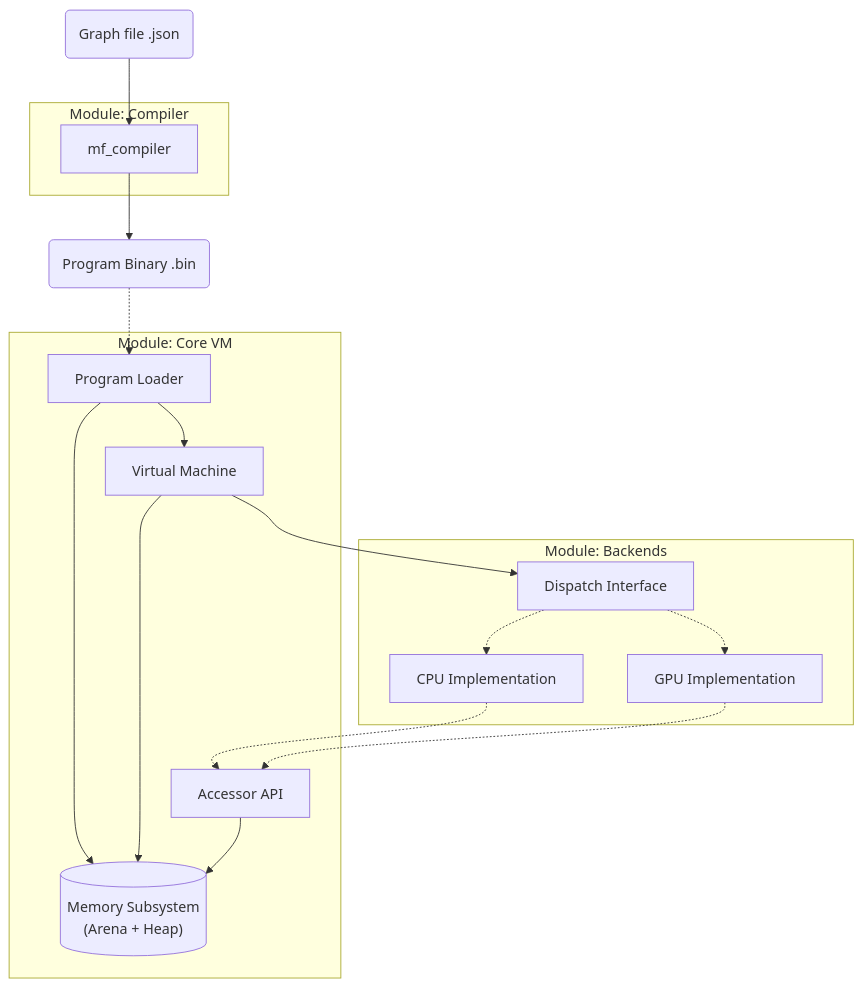
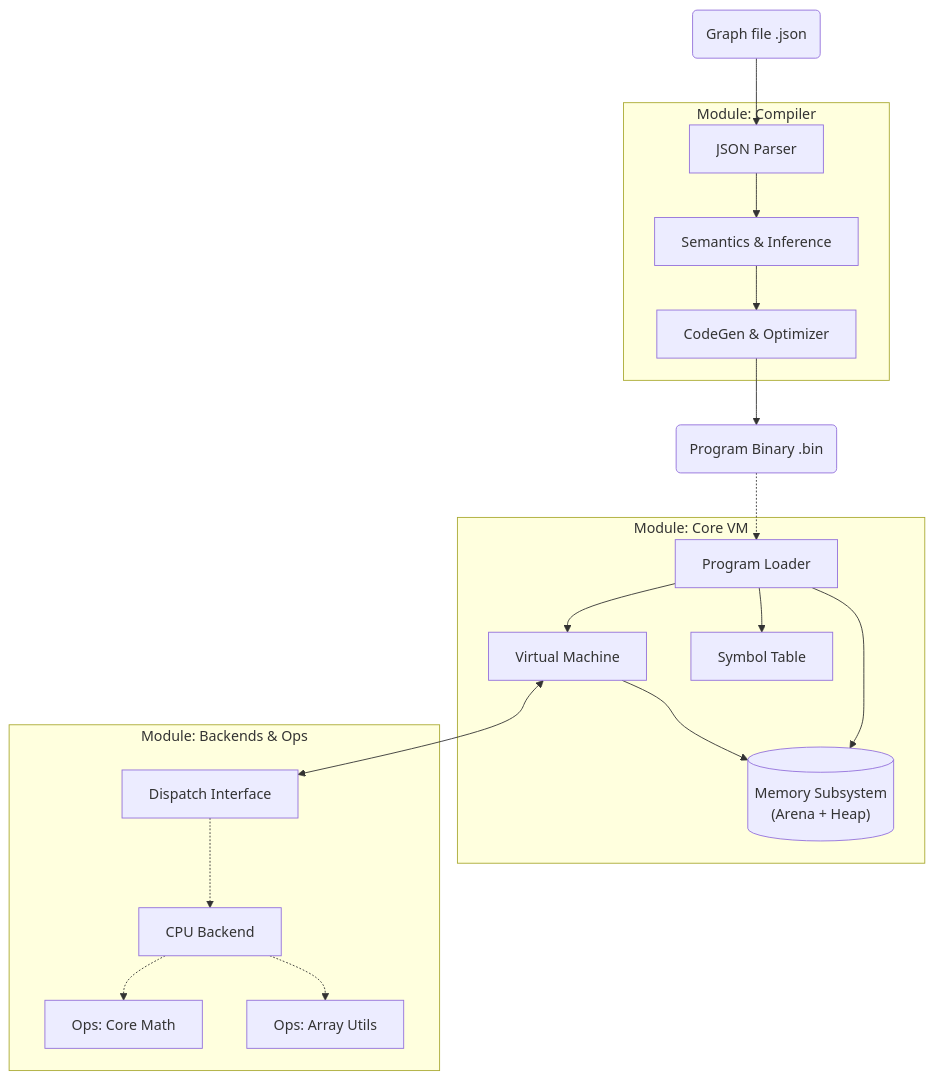
The diagram in docs/architecture.md (BinaryCat17/MathFlow), drawn with Mermaid before and after one commit. The commit also changed other lines of this file, not shown here.

Commit message:
Docs: Complete Architecture Overview with Ops modules

````diff
--- a/docs/architecture.md
+++ b/docs/architecture.md
@@ -9,46 +12,44 @@
 ```mermaid
 flowchart TD
     %% Assets
     JSON("Graph file .json")
     BIN("Program Binary .bin")
 
     %% Module: Compiler
     subgraph "Module: Compiler"
-        Compiler[mf_compiler]
+        Parser[JSON Parser]
+        Semantics[Semantics & Inference]
+        CodeGen[CodeGen & Optimizer]
     end
 
     %% Module: Core VM
     subgraph "Module: Core VM"
         Loader[Program Loader]
         VM[Virtual Machine]
+        Table[Symbol Table]
         Memory[("Memory Subsystem\n(Arena + Heap)")]
-        API["Accessor API"]
     end
 
     %% Backends
-    subgraph "Module: Backends"
+    subgraph "Module: Backends & Ops"
         Interface[Dispatch Interface]
-        CPU[CPU Implementation]
-        GPU[GPU Implementation]
-        
-        Interface -.-> CPU
-        Interface -.-> GPU
+        CPU[CPU Backend]
+        OpsCore[Ops: Core Math]
+        OpsArray[Ops: Array Utils]
     end
 
     %% Flow
-    JSON --> Compiler
-    
-    Compiler --> BIN
+    JSON --> Parser --> Semantics --> CodeGen --> BIN
     
     BIN -.-> Loader
     Loader --> Memory
+    Loader --> Table
     Loader --> VM
     
     VM --> Memory
-    VM --> Interface
+    VM <--> Interface
     
-    %% Memory Access via API
-    CPU -.-> API
-    GPU -.-> API
-    API --> Memory
+    Interface -.-> CPU
+    CPU -.-> OpsCore
+    CPU -.-> OpsArray
 ```
````
